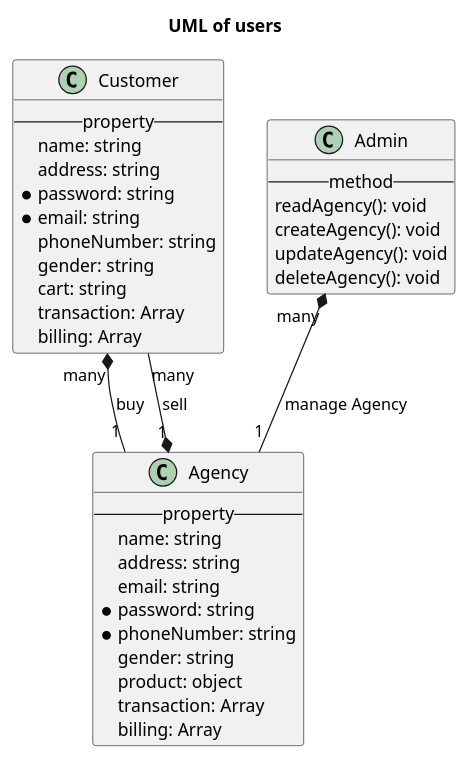
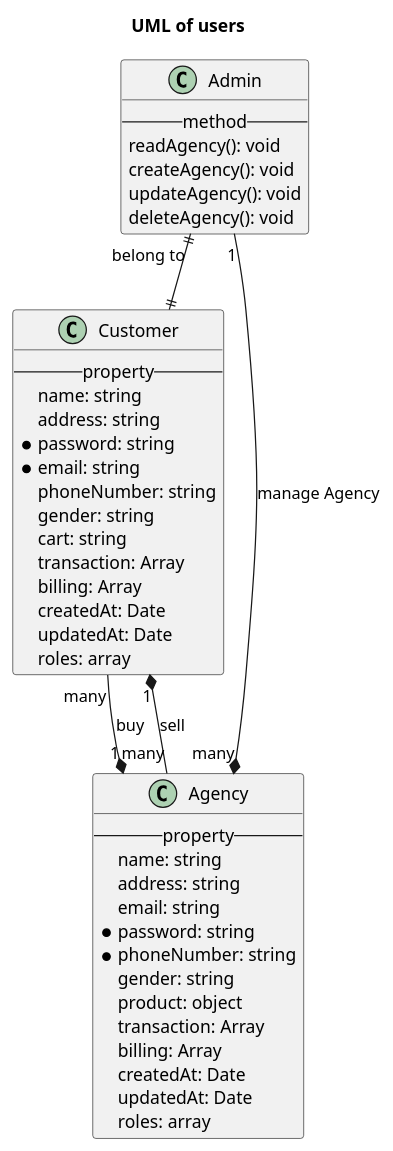
Before and after one commit to taint3110/SET2021_BackendTest: the diagram in Study/backend/docs/uml/featuresUML.puml, drawn with PlantUML. The commit also changed 7 other files, not shown here.

Commit message:
BET-02 | redesign sequence diagrams for apis

```diff
--- a/Study/backend/docs/uml/featuresUML.puml
+++ b/Study/backend/docs/uml/featuresUML.puml
@@ -1,46 +1,53 @@
 @startuml Application use cases diagram
 skinparam actorStyle awesome
 title UML of users
 
 
 class Customer{
     --property--
     name: string 
     address: string
     *password: string 
     *email: string 
     phoneNumber: string 
     gender: string 
     cart: string
     transaction: Array
     billing: Array
+    createdAt: Date
+    updatedAt: Date
+    roles: array
 }
 
 class Agency{
     --property--
     name: string 
     address: string 
     email: string 
     *password: string
     *phoneNumber: string 
     gender: string 
     product: object
     transaction: Array
     billing: Array
+    createdAt: Date
+    updatedAt: Date
+    roles: array
 }
 
 
 class Admin{
     --method--
     readAgency(): void 
     createAgency(): void 
     updateAgency(): void
     deleteAgency(): void
 }
-Admin "many" *-- "1" Agency: manage Agency
-Customer "many" *-- "1" Agency: buy
-Agency "1" *-- "many" Customer: sell
+Admin "1" --* "many" Agency: manage Agency
+Customer "many" --* "1" Agency: buy
+Agency "many" --* "1" Customer: sell
+Admin "belong to" ||--|| Customer
 
 
 
 @enduml
```
